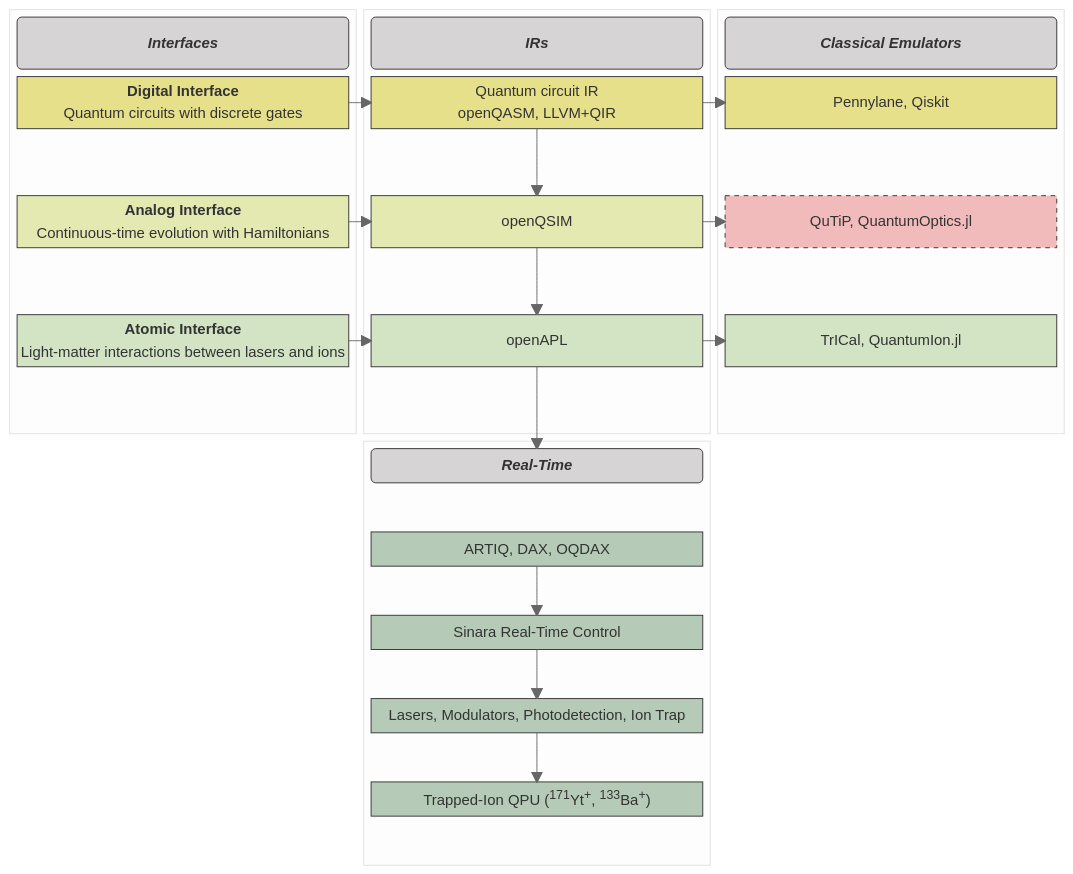
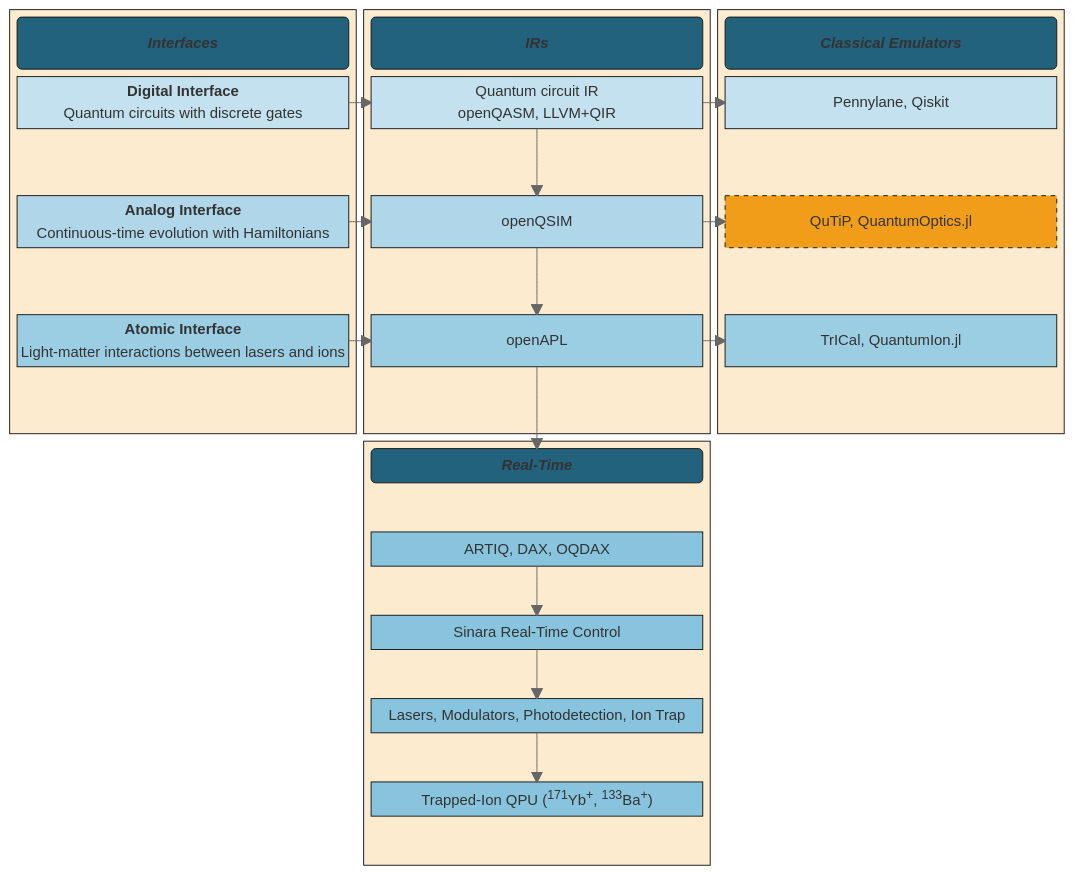
Before and after one commit to OpenQuantumDesign/oqd-analog-emulator: the diagram in README.md, drawn with Mermaid (neutral theme). The commit also changed 1 other file, not shown here.

Commit message:
[docs] Update stack visual and doc index

````diff
--- a/README.md
+++ b/README.md
@@ -128,7 +128,7 @@
        space
        RTHardware["Lasers, Modulators, Photodetection, Ion Trap"]
        space
-       RTApparatus["Trapped-Ion QPU (<sup>171</sup>Yt<sup>+</sup>, <sup>133</sup>Ba<sup>+</sup>)"]
+       RTApparatus["Trapped-Ion QPU (<sup>171</sup>Yb<sup>+</sup>, <sup>133</sup>Ba<sup>+</sup>)"]
        space
     end
     space
@@ -150,13 +150,14 @@
    RTGateware --> RTHardware
    RTHardware --> RTApparatus
 
-    classDef title fill:#d6d4d4,stroke:#333,color:#333;
-    classDef digital fill:#E7E08B,stroke:#333,color:#333;
-    classDef analog fill:#E4E9B2,stroke:#333,color:#333;
-    classDef atomic fill:#D2E4C4,stroke:#333,color:#333;
-    classDef realtime fill:#B5CBB7,stroke:#333,color:#333;
+   classDef title fill:#23627D,stroke:#141414,color:#FFFFFF;
+   classDef digital fill:#c3e1ee,stroke:#141414,color:#141414;
+   classDef analog fill:#afd7e9,stroke:#141414,color:#141414;
+   classDef atomic fill:#9ccee3,stroke:#141414,color:#141414;
+   classDef realtime fill:#88c4dd,stroke:#141414,color:#141414;
 
-    classDef highlight fill:#f2bbbb,stroke:#333,color:#333,stroke-dasharray: 5 5;
+    classDef highlight fill:#F19D19,stroke:#141414,color:#141414,stroke-dasharray: 5 5;
+    classDef normal fill:#fcebcf,stroke:#141414,color:#141414;
 
     class InterfaceTitle,IRTitle,EmulatorsTitle,RealTimeTitle title
     class InterfaceDigital,IRDigital,EmulatorDigital digital
@@ -164,5 +165,9 @@
     class InterfaceAtomic,IRAtomic,EmulatorAtomic atomic
     class RTSoftware,RTGateware,RTHardware,RTApparatus realtime
 
+   class Interface normal
+   class Emulator normal
+   class IR normal
+   class RealTime normal
    class EmulatorAnalog highlight
 ```
````
